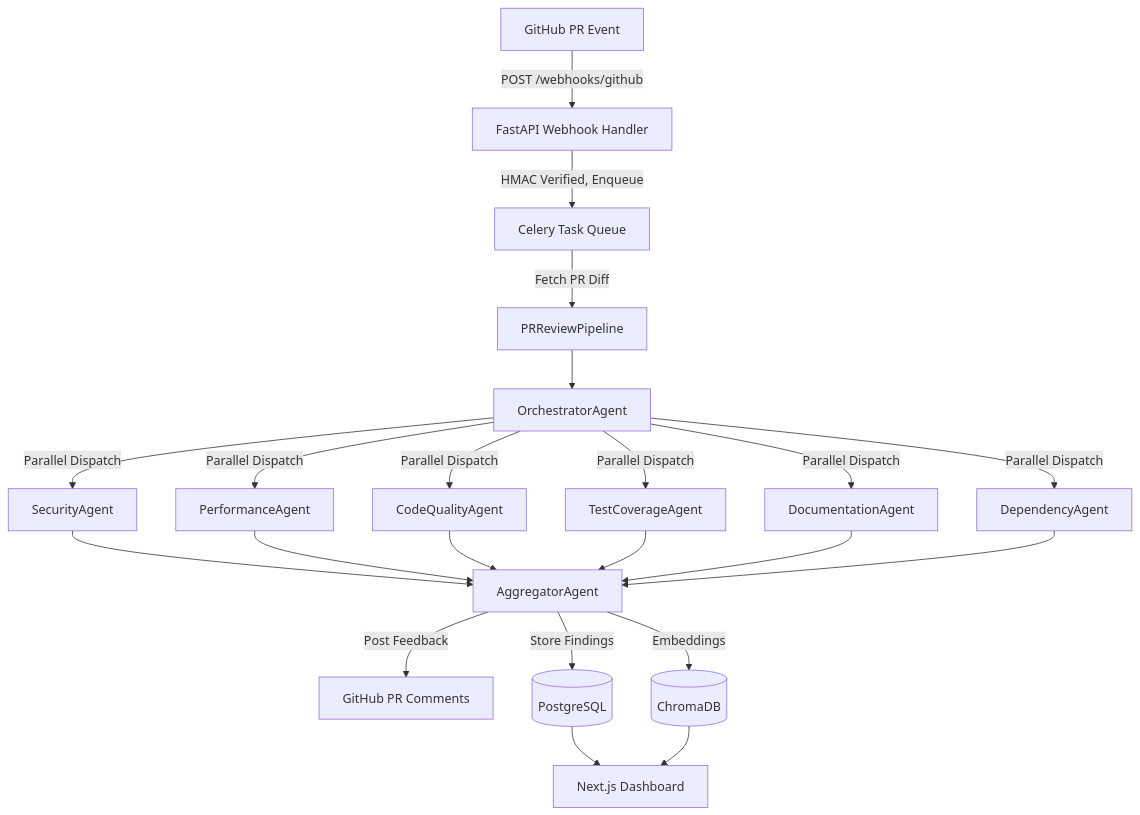
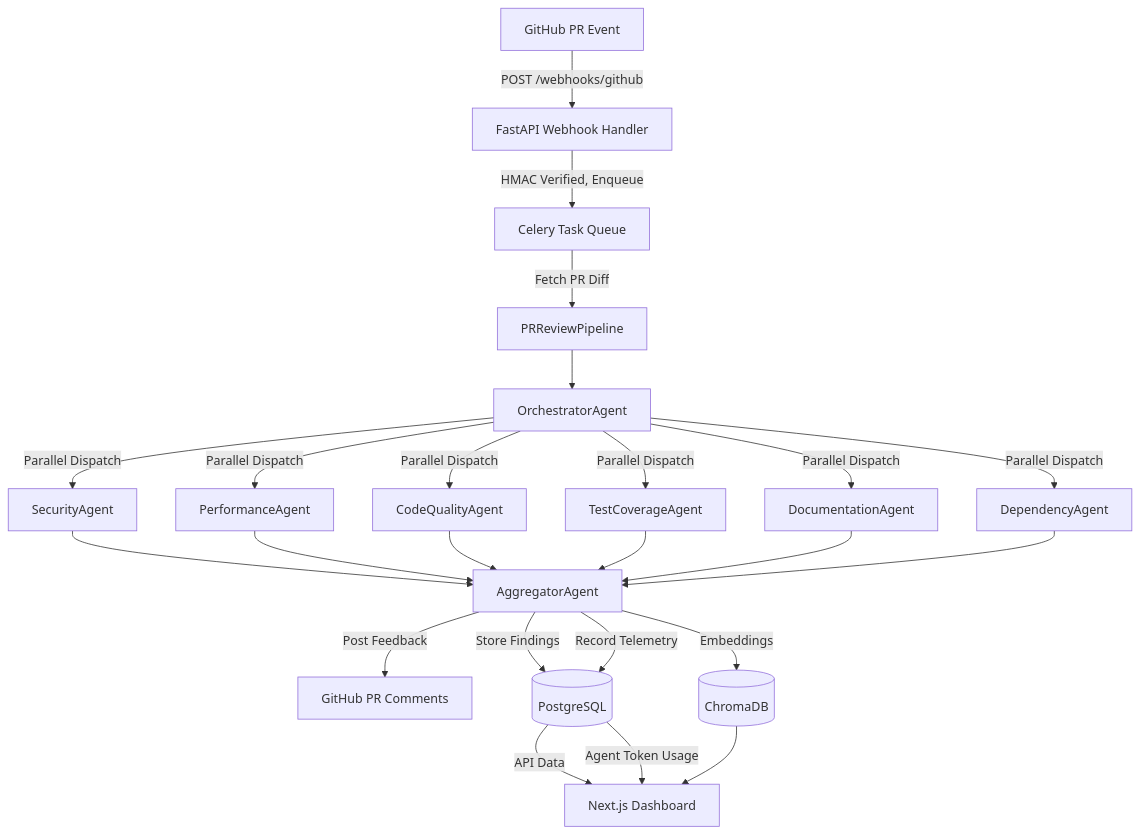
One commit to Paramveersingh-S/Agentscope-PR changed the diagram in README.md. Above: the diagram before and after it, drawn with Mermaid. The commit also changed other lines of this file, not shown here.

Commit message:
docs: update README with Celery/Docker badges and Telemetry architecture

````diff
--- a/README.md
+++ b/README.md
@@ -32,28 +34,30 @@
 ```mermaid
 graph TD
     A[GitHub PR Event] -->|POST /webhooks/github| B[FastAPI Webhook Handler]
     B -->|HMAC Verified, Enqueue| C[Celery Task Queue]
     C -->|Fetch PR Diff| D[PRReviewPipeline]
     
     D --> E[OrchestratorAgent]
     E -->|Parallel Dispatch| F[SecurityAgent]
     E -->|Parallel Dispatch| G[PerformanceAgent]
     E -->|Parallel Dispatch| H[CodeQualityAgent]
     E -->|Parallel Dispatch| I[TestCoverageAgent]
     E -->|Parallel Dispatch| J[DocumentationAgent]
     E -->|Parallel Dispatch| K[DependencyAgent]
     
     F --> L[AggregatorAgent]
     G --> L
     H --> L
     I --> L
     J --> L
     K --> L
     
     L -->|Post Feedback| M[GitHub PR Comments]
     L -->|Store Findings| N[(PostgreSQL)]
+    L -->|Record Telemetry| N
     L -->|Embeddings| O[(ChromaDB)]
     
-    N --> P[Next.js Dashboard]
+    N -->|API Data| P[Next.js Dashboard]
+    N -->|Agent Token Usage| P
     O --> P
 ```
````
